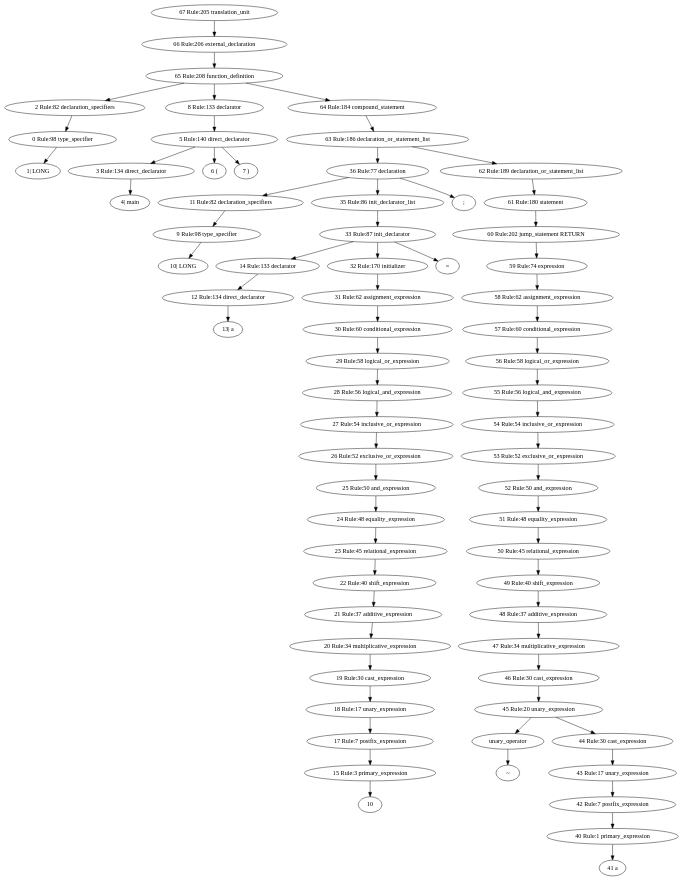
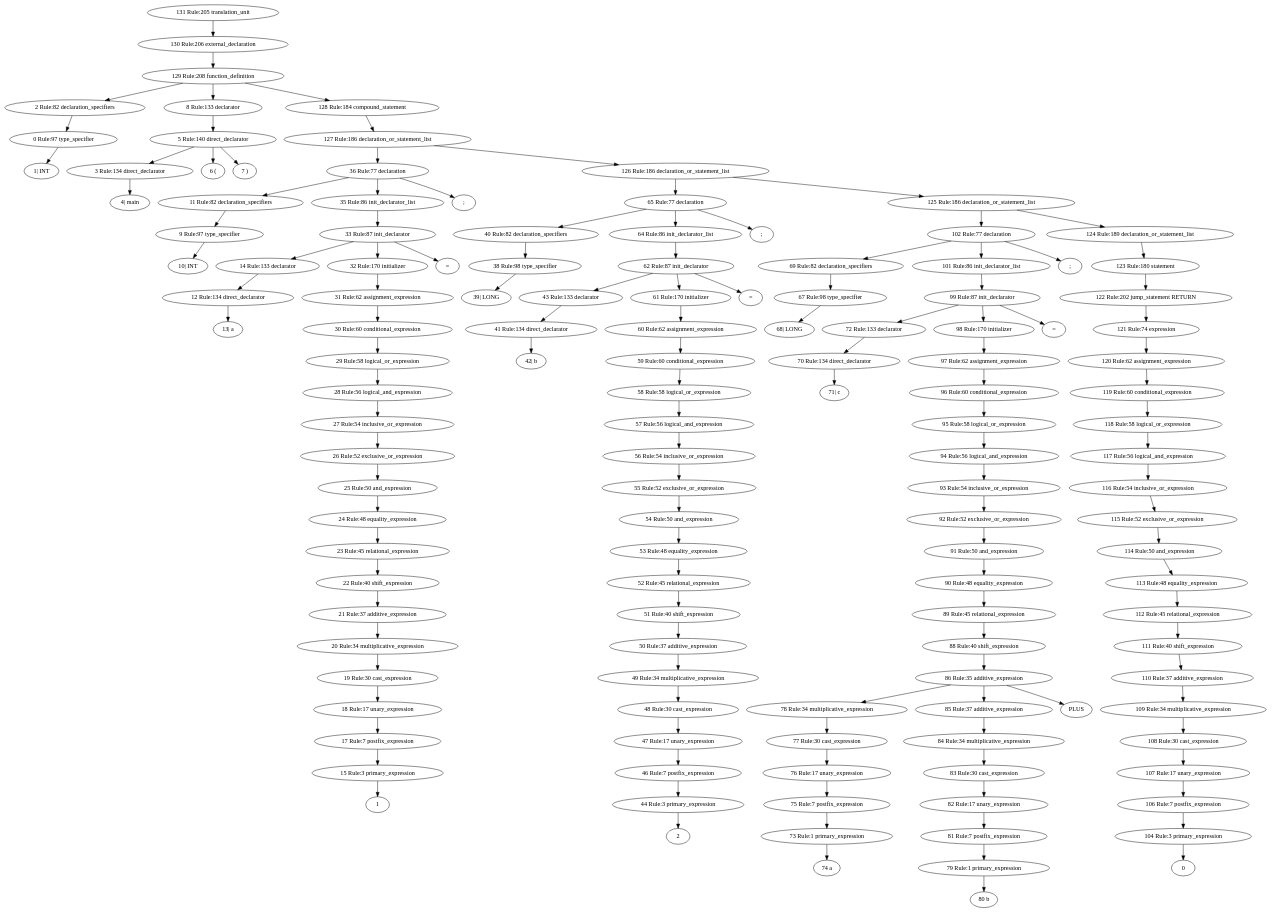
Before and after one commit to Thewbi/stm8_asm: the diagram in parse_tree.dot, drawn with Graphviz. The commit also changed 20 other files, not shown here.

```diff
--- a/parse_tree.dot
+++ b/parse_tree.dot
@@ -1,5 +1,5 @@
-digraph {0 [label="0 Rule:98 type_specifier"]
-1 [label="1| LONG"]
+digraph {0 [label="0 Rule:97 type_specifier"]
+1 [label="1| INT"]
   0 -> 1
 2 [label="2 Rule:82 declaration_specifiers"]
  2 -> 0
@@ -14,8 +14,8 @@
   5 -> 7
 8 [label="8 Rule:133 declarator"]
  8 -> 5
-9 [label="9 Rule:98 type_specifier"]
-10 [label="10| LONG"]
+9 [label="9 Rule:97 type_specifier"]
+10 [label="10| INT"]
   9 -> 10
 11 [label="11 Rule:82 declaration_specifiers"]
  11 -> 9
@@ -25,7 +25,7 @@
 14 [label="14 Rule:133 declarator"]
  14 -> 12
 15 [label="15 Rule:3 primary_expression"]
-16 [label="10"]
+16 [label="1"]
   15 -> 16
 17 [label="17 Rule:7 postfix_expression"]
  17 -> 15
@@ -71,66 +71,194 @@
   36 -> 11
 37 [label=";"]
   36 -> 37
-38 [label="unary_operator"]
-39 [label="~"]
+38 [label="38 Rule:98 type_specifier"]
+39 [label="39| LONG"]
   38 -> 39
-40 [label="40 Rule:1 primary_expression"]
-41 [label="41 a"]
-  40 -> 41
-42 [label="42 Rule:7 postfix_expression"]
- 42 -> 40
-43 [label="43 Rule:17 unary_expression"]
- 43 -> 42
-44 [label="44 Rule:30 cast_expression"]
- 44 -> 43
-45 [label="45 Rule:20 unary_expression"]
-  45 -> 44
-  45 -> 38
-46 [label="46 Rule:30 cast_expression"]
- 46 -> 45
-47 [label="47 Rule:34 multiplicative_expression"]
+40 [label="40 Rule:82 declaration_specifiers"]
+ 40 -> 38
+41 [label="41 Rule:134 direct_declarator"]
+42 [label="42| b"]
+  41 -> 42
+43 [label="43 Rule:133 declarator"]
+ 43 -> 41
+44 [label="44 Rule:3 primary_expression"]
+45 [label="2"]
+  44 -> 45
+46 [label="46 Rule:7 postfix_expression"]
+ 46 -> 44
+47 [label="47 Rule:17 unary_expression"]
  47 -> 46
-48 [label="48 Rule:37 additive_expression"]
+48 [label="48 Rule:30 cast_expression"]
  48 -> 47
-49 [label="49 Rule:40 shift_expression"]
+49 [label="49 Rule:34 multiplicative_expression"]
  49 -> 48
-50 [label="50 Rule:45 relational_expression"]
+50 [label="50 Rule:37 additive_expression"]
  50 -> 49
-51 [label="51 Rule:48 equality_expression"]
+51 [label="51 Rule:40 shift_expression"]
  51 -> 50
-52 [label="52 Rule:50 and_expression"]
+52 [label="52 Rule:45 relational_expression"]
  52 -> 51
-53 [label="53 Rule:52 exclusive_or_expression"]
+53 [label="53 Rule:48 equality_expression"]
  53 -> 52
-54 [label="54 Rule:54 inclusive_or_expression"]
+54 [label="54 Rule:50 and_expression"]
  54 -> 53
-55 [label="55 Rule:56 logical_and_expression"]
+55 [label="55 Rule:52 exclusive_or_expression"]
  55 -> 54
-56 [label="56 Rule:58 logical_or_expression"]
+56 [label="56 Rule:54 inclusive_or_expression"]
  56 -> 55
-57 [label="57 Rule:60 conditional_expression"]
+57 [label="57 Rule:56 logical_and_expression"]
  57 -> 56
-58 [label="58 Rule:62 assignment_expression"]
+58 [label="58 Rule:58 logical_or_expression"]
  58 -> 57
-59 [label="59 Rule:74 expression"]
+59 [label="59 Rule:60 conditional_expression"]
  59 -> 58
-60 [label="60 Rule:202 jump_statement RETURN"]
-  60 -> 59
-61 [label="61 Rule:180 statement"]
+60 [label="60 Rule:62 assignment_expression"]
+ 60 -> 59
+61 [label="61 Rule:170 initializer"]
  61 -> 60
-62 [label="62 Rule:189 declaration_or_statement_list"]
- 62 -> 61
-63 [label="63 Rule:186 declaration_or_statement_list"]
-  63 -> 62
-  63 -> 36
-64 [label="64 Rule:184 compound_statement"]
-  64 -> 63
-65 [label="65 Rule:208 function_definition"]
+62 [label="62 Rule:87 init_declarator"]
+  62 -> 61
+63 [label="="]
+  62 -> 63
+  62 -> 43
+64 [label="64 Rule:86 init_declarator_list"]
+ 64 -> 62
+65 [label="65 Rule:77 declaration"]
   65 -> 64
-  65 -> 8
-  65 -> 2
-66 [label="66 Rule:206 external_declaration"]
- 66 -> 65
-67 [label="67 Rule:205 translation_unit"]
- 67 -> 66
+  65 -> 40
+66 [label=";"]
+  65 -> 66
+67 [label="67 Rule:98 type_specifier"]
+68 [label="68| LONG"]
+  67 -> 68
+69 [label="69 Rule:82 declaration_specifiers"]
+ 69 -> 67
+70 [label="70 Rule:134 direct_declarator"]
+71 [label="71| c"]
+  70 -> 71
+72 [label="72 Rule:133 declarator"]
+ 72 -> 70
+73 [label="73 Rule:1 primary_expression"]
+74 [label="74 a"]
+  73 -> 74
+75 [label="75 Rule:7 postfix_expression"]
+ 75 -> 73
+76 [label="76 Rule:17 unary_expression"]
+ 76 -> 75
+77 [label="77 Rule:30 cast_expression"]
+ 77 -> 76
+78 [label="78 Rule:34 multiplicative_expression"]
+ 78 -> 77
+79 [label="79 Rule:1 primary_expression"]
+80 [label="80 b"]
+  79 -> 80
+81 [label="81 Rule:7 postfix_expression"]
+ 81 -> 79
+82 [label="82 Rule:17 unary_expression"]
+ 82 -> 81
+83 [label="83 Rule:30 cast_expression"]
+ 83 -> 82
+84 [label="84 Rule:34 multiplicative_expression"]
+ 84 -> 83
+85 [label="85 Rule:37 additive_expression"]
+ 85 -> 84
+86 [label="86 Rule:35 additive_expression"]
+  86 -> 85
+87 [label="PLUS"]
+  86 -> 87
+  86 -> 78
+88 [label="88 Rule:40 shift_expression"]
+ 88 -> 86
+89 [label="89 Rule:45 relational_expression"]
+ 89 -> 88
+90 [label="90 Rule:48 equality_expression"]
+ 90 -> 89
+91 [label="91 Rule:50 and_expression"]
+ 91 -> 90
+92 [label="92 Rule:52 exclusive_or_expression"]
+ 92 -> 91
+93 [label="93 Rule:54 inclusive_or_expression"]
+ 93 -> 92
+94 [label="94 Rule:56 logical_and_expression"]
+ 94 -> 93
+95 [label="95 Rule:58 logical_or_expression"]
+ 95 -> 94
+96 [label="96 Rule:60 conditional_expression"]
+ 96 -> 95
+97 [label="97 Rule:62 assignment_expression"]
+ 97 -> 96
+98 [label="98 Rule:170 initializer"]
+ 98 -> 97
+99 [label="99 Rule:87 init_declarator"]
+  99 -> 98
+100 [label="="]
+  99 -> 100
+  99 -> 72
+101 [label="101 Rule:86 init_declarator_list"]
+ 101 -> 99
+102 [label="102 Rule:77 declaration"]
+  102 -> 101
+  102 -> 69
+103 [label=";"]
+  102 -> 103
+104 [label="104 Rule:3 primary_expression"]
+105 [label="0"]
+  104 -> 105
+106 [label="106 Rule:7 postfix_expression"]
+ 106 -> 104
+107 [label="107 Rule:17 unary_expression"]
+ 107 -> 106
+108 [label="108 Rule:30 cast_expression"]
+ 108 -> 107
+109 [label="109 Rule:34 multiplicative_expression"]
+ 109 -> 108
+110 [label="110 Rule:37 additive_expression"]
+ 110 -> 109
+111 [label="111 Rule:40 shift_expression"]
+ 111 -> 110
+112 [label="112 Rule:45 relational_expression"]
+ 112 -> 111
+113 [label="113 Rule:48 equality_expression"]
+ 113 -> 112
+114 [label="114 Rule:50 and_expression"]
+ 114 -> 113
+115 [label="115 Rule:52 exclusive_or_expression"]
+ 115 -> 114
+116 [label="116 Rule:54 inclusive_or_expression"]
+ 116 -> 115
+117 [label="117 Rule:56 logical_and_expression"]
+ 117 -> 116
+118 [label="118 Rule:58 logical_or_expression"]
+ 118 -> 117
+119 [label="119 Rule:60 conditional_expression"]
+ 119 -> 118
+120 [label="120 Rule:62 assignment_expression"]
+ 120 -> 119
+121 [label="121 Rule:74 expression"]
+ 121 -> 120
+122 [label="122 Rule:202 jump_statement RETURN"]
+  122 -> 121
+123 [label="123 Rule:180 statement"]
+ 123 -> 122
+124 [label="124 Rule:189 declaration_or_statement_list"]
+ 124 -> 123
+125 [label="125 Rule:186 declaration_or_statement_list"]
+  125 -> 124
+  125 -> 102
+126 [label="126 Rule:186 declaration_or_statement_list"]
+  126 -> 125
+  126 -> 65
+127 [label="127 Rule:186 declaration_or_statement_list"]
+  127 -> 126
+  127 -> 36
+128 [label="128 Rule:184 compound_statement"]
+  128 -> 127
+129 [label="129 Rule:208 function_definition"]
+  129 -> 128
+  129 -> 8
+  129 -> 2
+130 [label="130 Rule:206 external_declaration"]
+ 130 -> 129
+131 [label="131 Rule:205 translation_unit"]
+ 131 -> 130
 }
```
